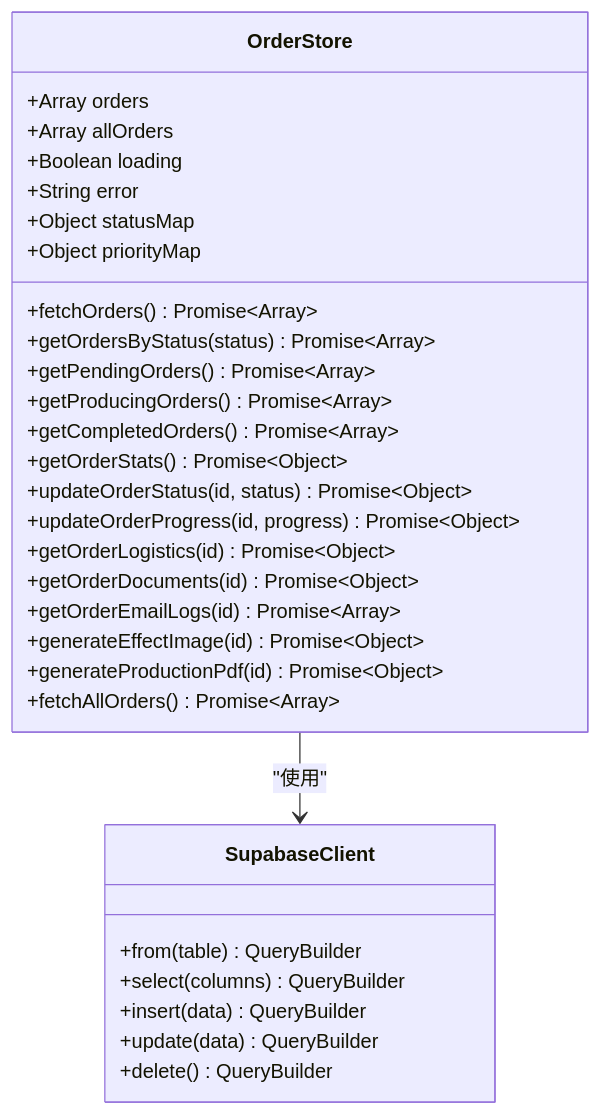
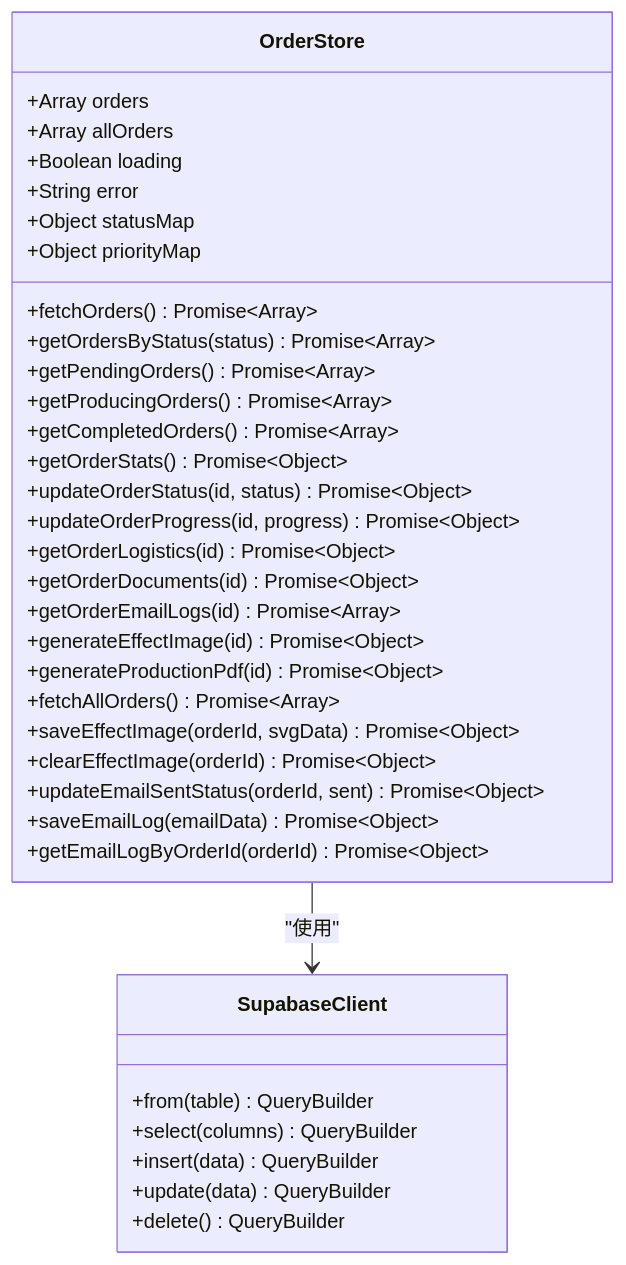
Diagram 18 of 22 in .qoder/repowiki/zh/content/开发指南/Vue组件架构.md (SY6621/POD-Order-Management), drawn with Mermaid before and after one commit. The commit also changed other lines of this file and 20 other files, not shown here.

````diff
--- a/.qoder/repowiki/zh/content/开发指南/Vue组件架构.md
+++ b/.qoder/repowiki/zh/content/开发指南/Vue组件架构.md
@@ -552,33 +643,38 @@
 ```mermaid
 classDiagram
 class OrderStore {
 +Array orders
 +Array allOrders
 +Boolean loading
 +String error
 +Object statusMap
 +Object priorityMap
 +fetchOrders() Promise~Array~
 +getOrdersByStatus(status) Promise~Array~
 +getPendingOrders() Promise~Array~
 +getProducingOrders() Promise~Array~
 +getCompletedOrders() Promise~Array~
 +getOrderStats() Promise~Object~
 +updateOrderStatus(id, status) Promise~Object~
 +updateOrderProgress(id, progress) Promise~Object~
 +getOrderLogistics(id) Promise~Object~
 +getOrderDocuments(id) Promise~Object~
 +getOrderEmailLogs(id) Promise~Array~
 +generateEffectImage(id) Promise~Object~
 +generateProductionPdf(id) Promise~Object~
 +fetchAllOrders() Promise~Array~
++saveEffectImage(orderId, svgData) Promise~Object~
++clearEffectImage(orderId) Promise~Object~
++updateEmailSentStatus(orderId, sent) Promise~Object~
++saveEmailLog(emailData) Promise~Object~
++getEmailLogByOrderId(orderId) Promise~Object~
 }
 class SupabaseClient {
 +from(table) QueryBuilder
 +select(columns) QueryBuilder
 +insert(data) QueryBuilder
 +update(data) QueryBuilder
 +delete() QueryBuilder
 }
 OrderStore --> SupabaseClient : "使用"
 ```
````
